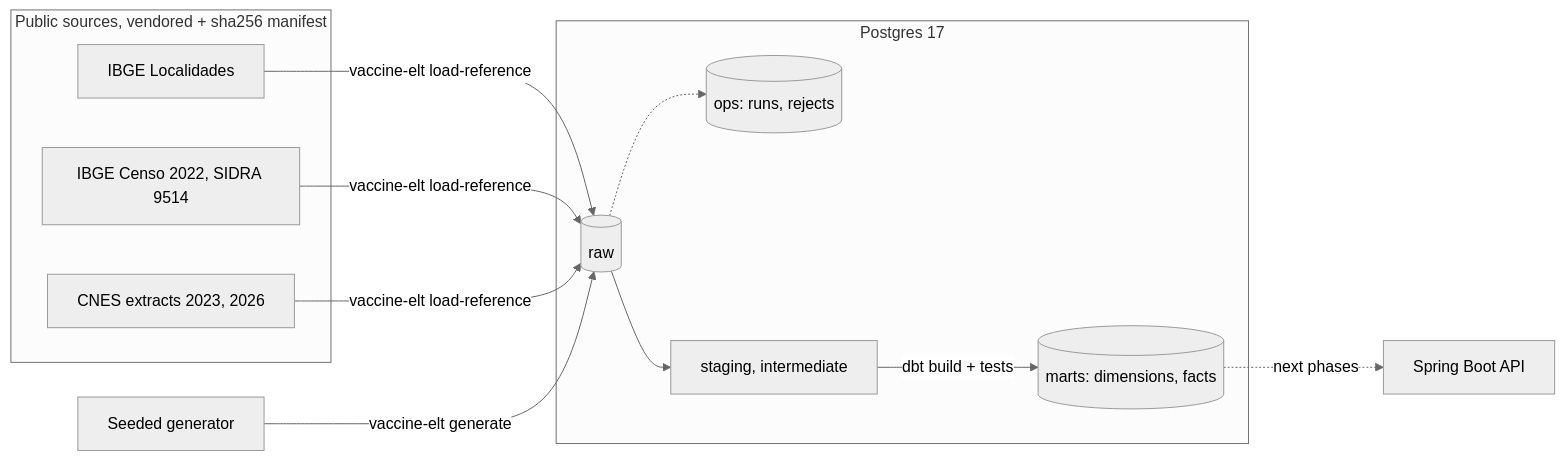
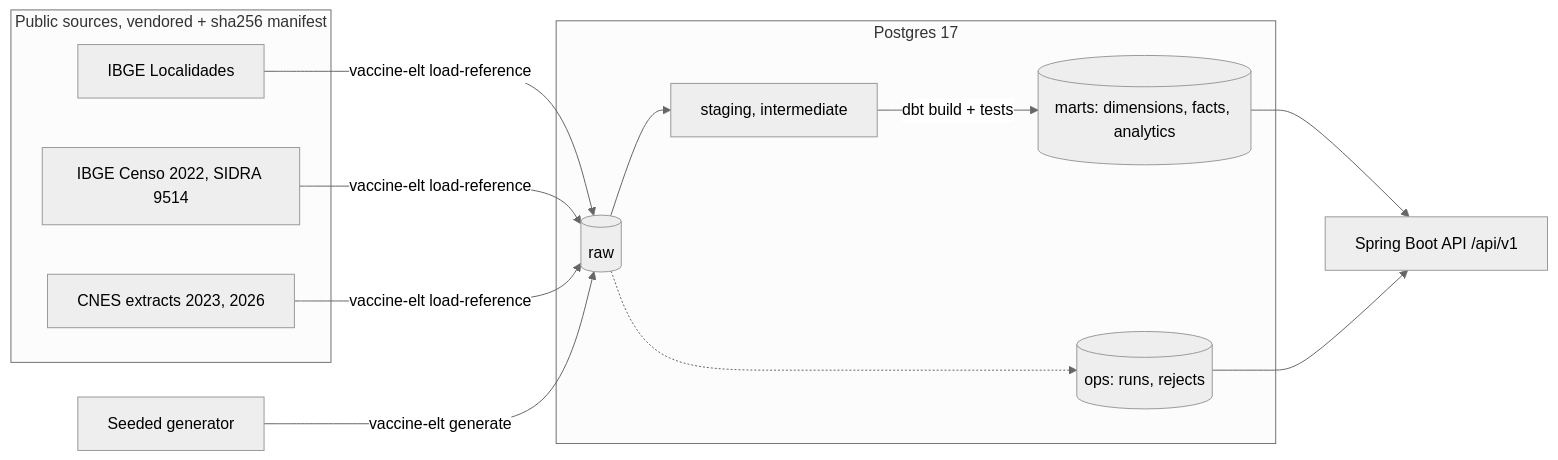
The diagram in README.md (emanuel-luis/vaccine-backend), drawn with Mermaid (neutral theme) before and after one commit. The commit also changed other lines of this file and 4 other files, not shown here.

````diff
--- a/README.md
+++ b/README.md
@@ -41,21 +39,22 @@
 ```mermaid
 flowchart LR
   subgraph sources[Public sources, vendored + sha256 manifest]
     IBGE[IBGE Localidades]
     SIDRA[IBGE Censo 2022, SIDRA 9514]
     CNES[CNES extracts 2023, 2026]
   end
+  GEN[Seeded generator]
   subgraph pg[Postgres 17]
     RAW[(raw)]
     OPS[(ops: runs, rejects)]
     STG[staging, intermediate]
-    MARTS[(marts: dimensions, facts)]
+    MARTS[(marts: dimensions, facts, analytics)]
   end
-  API[Spring Boot API]
-  GEN[Seeded generator]
+  API[Spring Boot API /api/v1]
   IBGE & SIDRA & CNES -->|vaccine-elt load-reference| RAW
   GEN -->|vaccine-elt generate| RAW
   RAW --> STG -->|dbt build + tests| MARTS
   RAW -.-> OPS
-  MARTS -.->|next phases| API
+  MARTS --> API
+  OPS --> API
 ```
````
